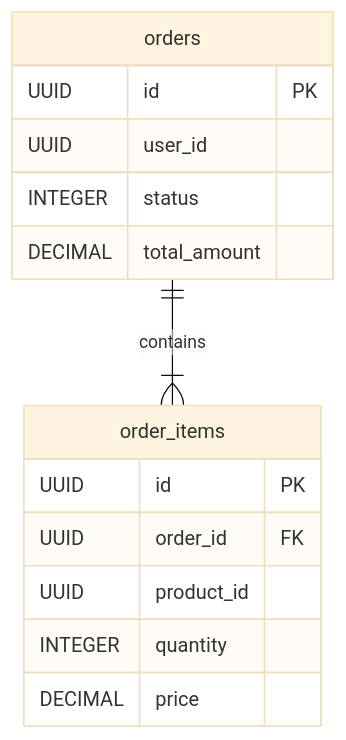
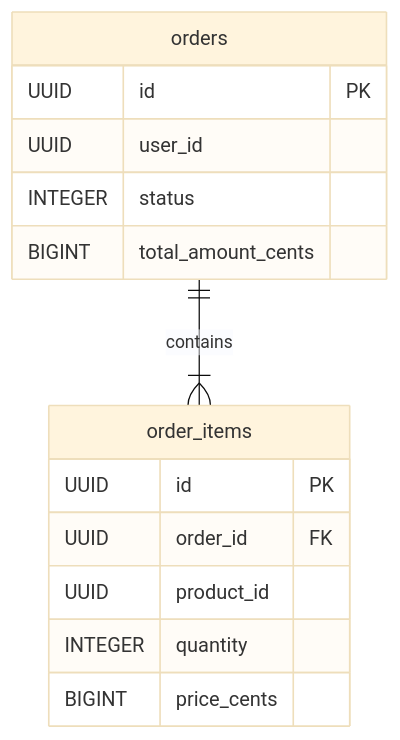
The diagram in order/docs/DATABASE_SCHEMA.md (Ujjwaljain16/E-commerce-Backend), drawn with Mermaid (base theme) before and after one commit. The commit also changed other lines of this file and 8 other files, not shown here.

````diff
--- a/order/docs/DATABASE_SCHEMA.md
+++ b/order/docs/DATABASE_SCHEMA.md
@@ -72,17 +72,17 @@
 ```mermaid
 erDiagram
     orders ||--|{ order_items : "contains"
     orders {
         UUID id PK
         UUID user_id
         INTEGER status
-        DECIMAL total_amount
+        BIGINT total_amount_cents
     }
     order_items {
         UUID id PK
         UUID order_id FK
         UUID product_id
         INTEGER quantity
-        DECIMAL price
+        BIGINT price_cents
     }
 ```
````
